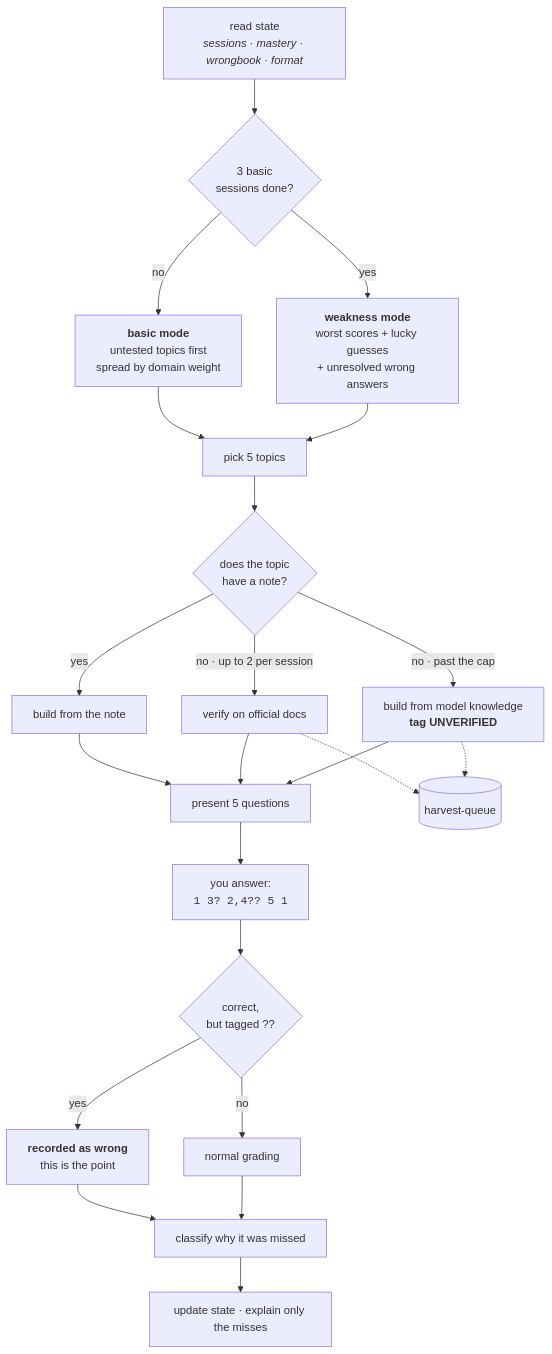
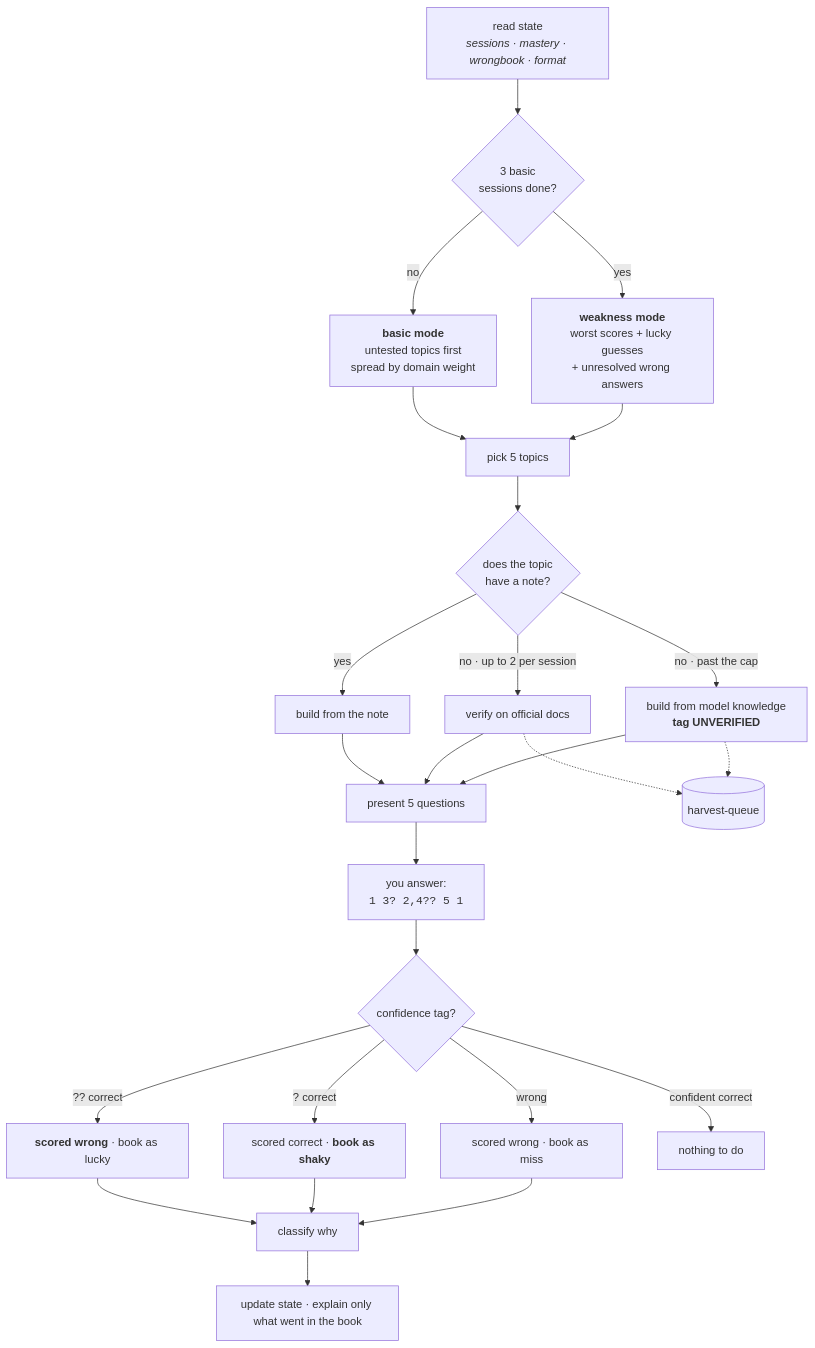
Before and after one commit to IjjS/exam-support: the second of 4 diagrams in README.md, drawn with Mermaid. The commit also changed other lines of this file and 8 other files, not shown here.

First line of the commit message:
feat: any confidence tag enters the wrong-answer book

````diff
--- a/README.md
+++ b/README.md
@@ -65,24 +65,27 @@
 ```mermaid
 flowchart TD
     A["read state<br/><i>sessions · mastery · wrongbook · format</i>"] --> B{"3 basic<br/>sessions done?"}
     B -->|"no"| C["<b>basic mode</b><br/>untested topics first<br/>spread by domain weight"]
     B -->|"yes"| D["<b>weakness mode</b><br/>worst scores + lucky guesses<br/>+ unresolved wrong answers"]
     C --> E["pick 5 topics"]
     D --> E
     E --> F{"does the topic<br/>have a note?"}
     F -->|"yes"| G["build from the note"]
     F -->|"no · up to 2 per session"| H["verify on official docs"]
     F -->|"no · past the cap"| I["build from model knowledge<br/><b>tag UNVERIFIED</b>"]
     G --> J["present 5 questions"]
     H --> J
     I --> J
     H -.-> Q[("harvest-queue")]
     I -.-> Q
     J --> K["you answer:<br/><code>1 3? 2,4?? 5 1</code>"]
-    K --> L{"correct,<br/>but tagged ??"}
-    L -->|"yes"| M["<b>recorded as wrong</b><br/>this is the point"]
-    L -->|"no"| N["normal grading"]
-    M --> O["classify why it was missed"]
+    K --> L{"confidence tag?"}
+    L -->|"?? correct"| M["<b>scored wrong</b> · book as lucky"]
+    L -->|"? correct"| S["scored correct · <b>book as shaky</b>"]
+    L -->|"wrong"| N["scored wrong · book as miss"]
+    L -->|"confident correct"| Z["nothing to do"]
+    M --> O["classify why"]
+    S --> O
     N --> O
-    O --> P["update state · explain only the misses"]
+    O --> P["update state · explain only what went in the book"]
 ```
````
